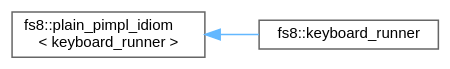
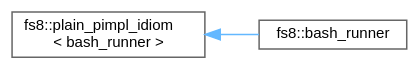
The diagram in api/inherit_graph_95.dot (the-moisrex/foresight), drawn with Graphviz before and after one commit. The commit also changed 212 other files, not shown here.

```diff
--- a/api/inherit_graph_95.dot
+++ b/api/inherit_graph_95.dot
@@ -1,11 +1,11 @@
 digraph "Graphical Class Hierarchy"
 {
  // LATEX_PDF_SIZE
   bgcolor="transparent";
   edge [fontname=Helvetica,fontsize=10,labelfontname=Helvetica,labelfontsize=10];
   node [fontname=Helvetica,fontsize=10,shape=box,height=0.2,width=0.4];
   rankdir="LR";
-  Node0 [id="Node000000",label="fs8::plain_pimpl_idiom\l\< keyboard_runner \>",height=0.2,width=0.4,color="grey40", fillcolor="white", style="filled",URL="$structfs8_1_1plain__pimpl__idiom.html",tooltip=" "];
-  Node0 -> Node1 [id="edge122_Node000000_Node000001",dir="back",color="steelblue1",style="solid",tooltip=" "];
-  Node1 [id="Node000001",label="fs8::keyboard_runner",height=0.2,width=0.4,color="grey40", fillcolor="white", style="filled",URL="$structfs8_1_1keyboard__runner.html",tooltip=" "];
+  Node0 [id="Node000000",label="fs8::plain_pimpl_idiom\l\< bash_runner \>",height=0.2,width=0.4,color="grey40", fillcolor="white", style="filled",URL="$structfs8_1_1plain__pimpl__idiom.html",tooltip=" "];
+  Node0 -> Node1 [id="edge124_Node000000_Node000001",dir="back",color="steelblue1",style="solid",tooltip=" "];
+  Node1 [id="Node000001",label="fs8::bash_runner",height=0.2,width=0.4,color="grey40", fillcolor="white", style="filled",URL="$structfs8_1_1bash__runner.html",tooltip=" "];
 }
```
